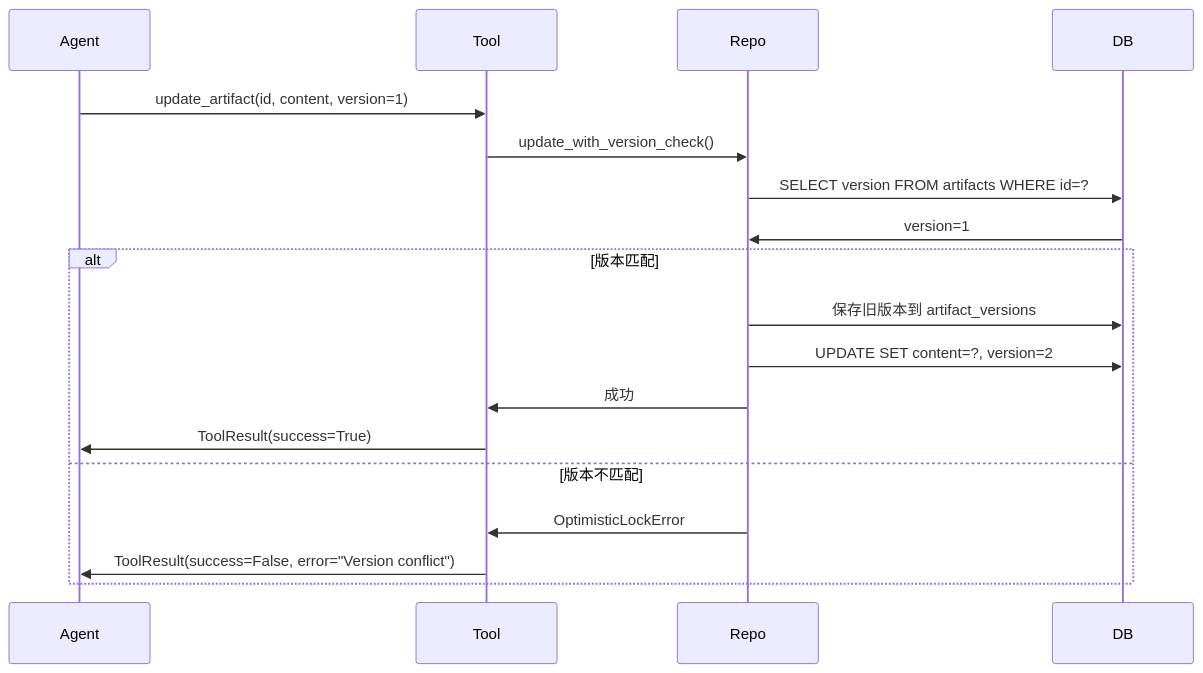
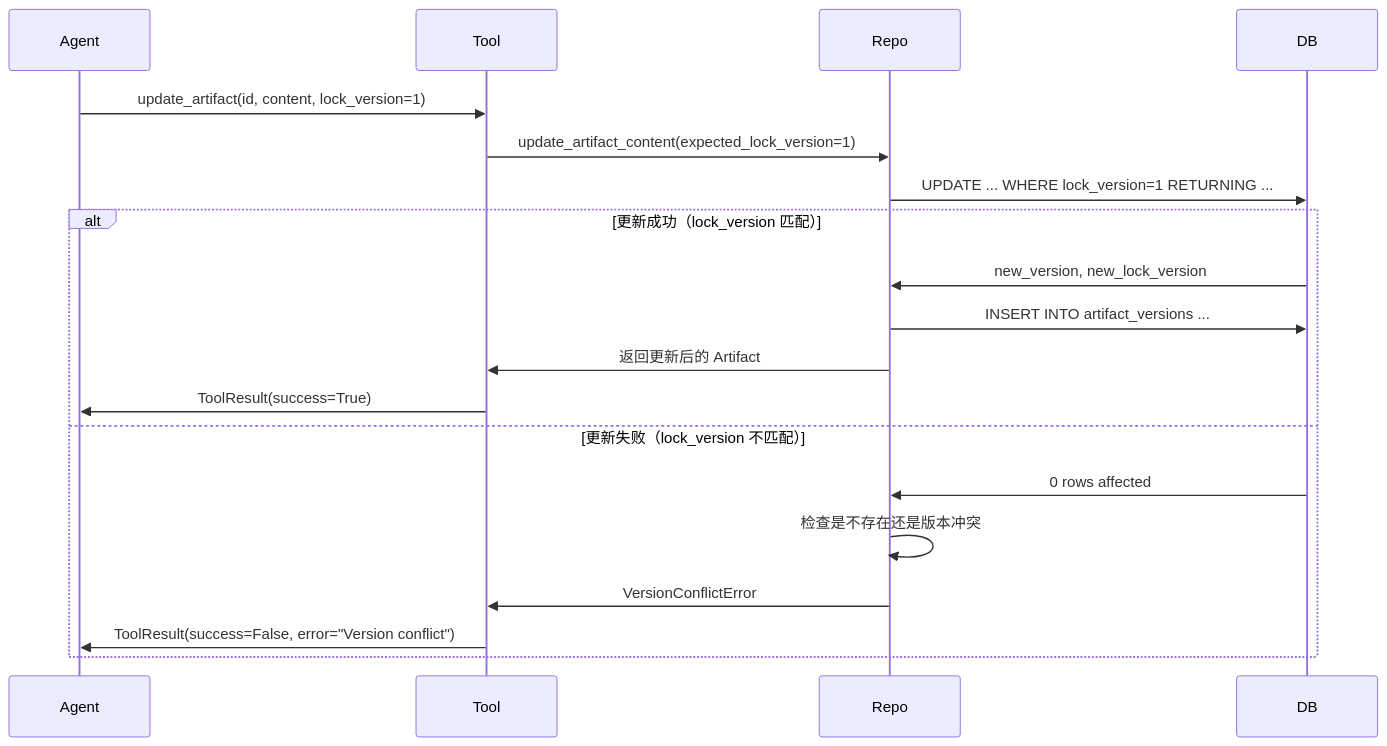
The second of 2 diagrams in docs/architecture/data-layer.md (Neutrino1998/artifact-flow), drawn with Mermaid before and after one commit. The commit also changed other lines of this file and 5 other files, not shown here.

````diff
--- a/docs/architecture/data-layer.md
+++ b/docs/architecture/data-layer.md
@@ -351,22 +395,23 @@
 ```mermaid
 sequenceDiagram
     participant Agent
     participant Tool
     participant Repo
     participant DB
 
-    Agent->>Tool: update_artifact(id, content, version=1)
-    Tool->>Repo: update_with_version_check()
-    Repo->>DB: SELECT version FROM artifacts WHERE id=?
-    DB->>Repo: version=1
+    Agent->>Tool: update_artifact(id, content, lock_version=1)
+    Tool->>Repo: update_artifact_content(expected_lock_version=1)
+    Repo->>DB: UPDATE ... WHERE lock_version=1 RETURNING ...
 
-    alt 版本匹配
-        Repo->>DB: 保存旧版本到 artifact_versions
-        Repo->>DB: UPDATE SET content=?, version=2
-        Repo->>Tool: 成功
+    alt 更新成功（lock_version 匹配）
+        DB->>Repo: new_version, new_lock_version
+        Repo->>DB: INSERT INTO artifact_versions ...
+        Repo->>Tool: 返回更新后的 Artifact
         Tool->>Agent: ToolResult(success=True)
-    else 版本不匹配
-        Repo->>Tool: OptimisticLockError
+    else 更新失败（lock_version 不匹配）
+        DB->>Repo: 0 rows affected
+        Repo->>Repo: 检查是不存在还是版本冲突
+        Repo->>Tool: VersionConflictError
         Tool->>Agent: ToolResult(success=False, error="Version conflict")
     end
 ```
````
